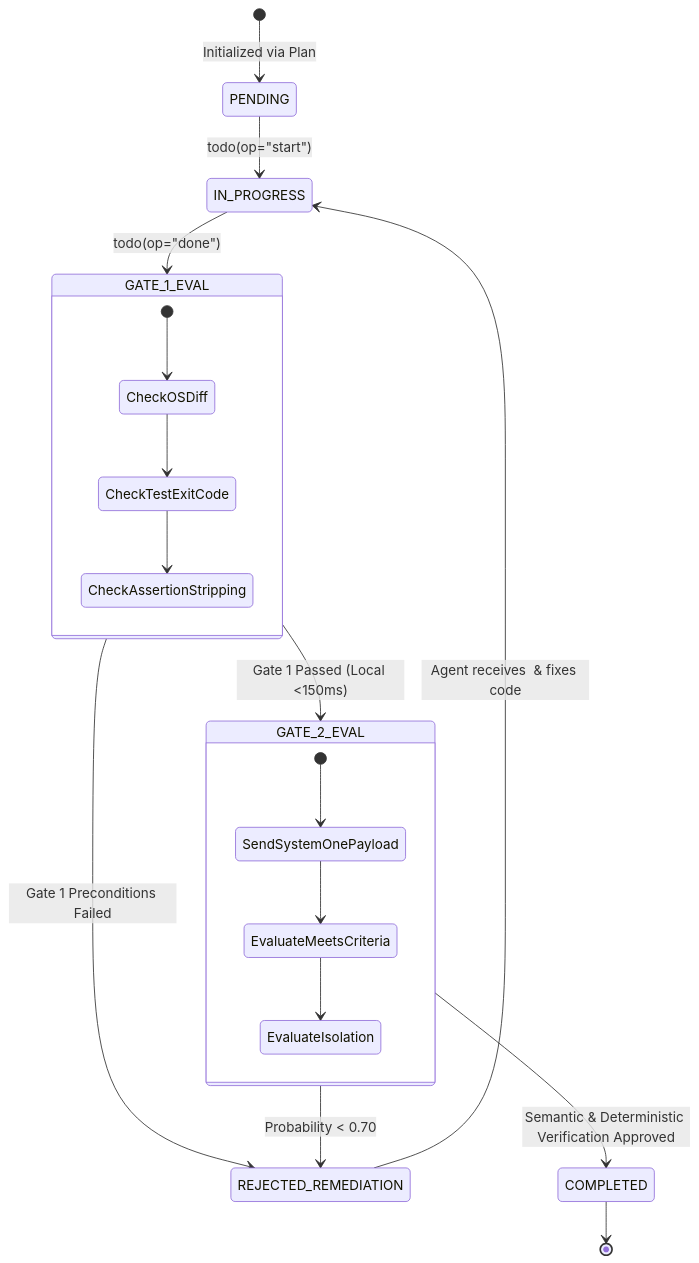
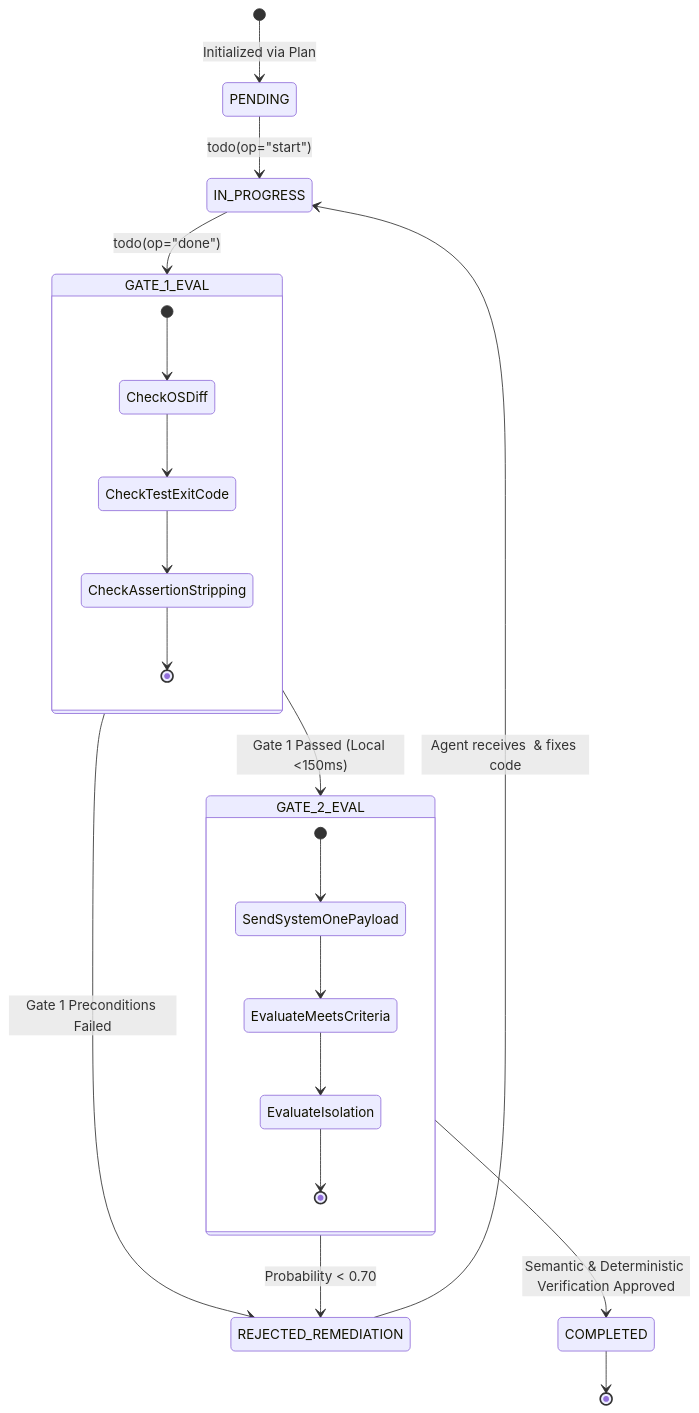
The second of 2 diagrams in docs/data-flow-and-states.md (thanhnt-sm/omp_extension), drawn with Mermaid before and after one commit. The commit also changed 1 other file, not shown here.

Commit message:
docs(mermaid): fix stateDiagram and flowchart syntax for preview

````diff
--- a/docs/data-flow-and-states.md
+++ b/docs/data-flow-and-states.md
@@ -50,28 +50,30 @@
 ```mermaid
 stateDiagram-v2
     [*] --> PENDING: Initialized via Plan
     PENDING --> IN_PROGRESS: todo(op="start")
     
     IN_PROGRESS --> GATE_1_EVAL: todo(op="done")
     
     state GATE_1_EVAL {
         [*] --> CheckOSDiff
         CheckOSDiff --> CheckTestExitCode
         CheckTestExitCode --> CheckAssertionStripping
+        CheckAssertionStripping --> [*]
     }
 
     GATE_1_EVAL --> REJECTED_REMEDIATION: Gate 1 Preconditions Failed
     GATE_1_EVAL --> GATE_2_EVAL: Gate 1 Passed (Local <150ms)
 
     state GATE_2_EVAL {
         [*] --> SendSystemOnePayload
         SendSystemOnePayload --> EvaluateMeetsCriteria
         EvaluateMeetsCriteria --> EvaluateIsolation
+        EvaluateIsolation --> [*]
     }
 
     GATE_2_EVAL --> REJECTED_REMEDIATION: Probability < 0.70
     GATE_2_EVAL --> COMPLETED: Semantic & Deterministic Verification Approved
 
     REJECTED_REMEDIATION --> IN_PROGRESS: Agent receives <remediation> & fixes code
     COMPLETED --> [*]
 ```
````
